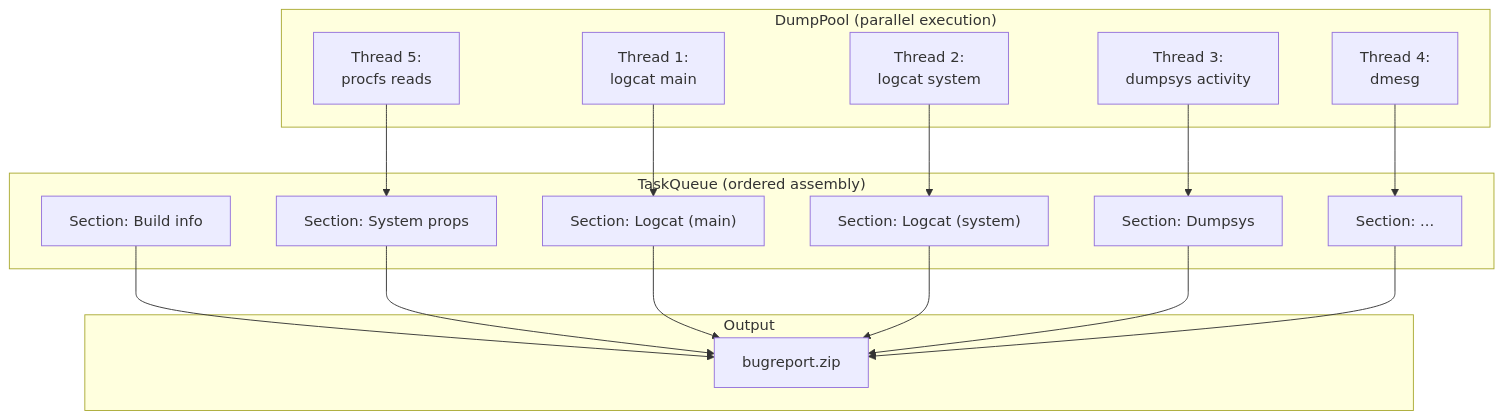
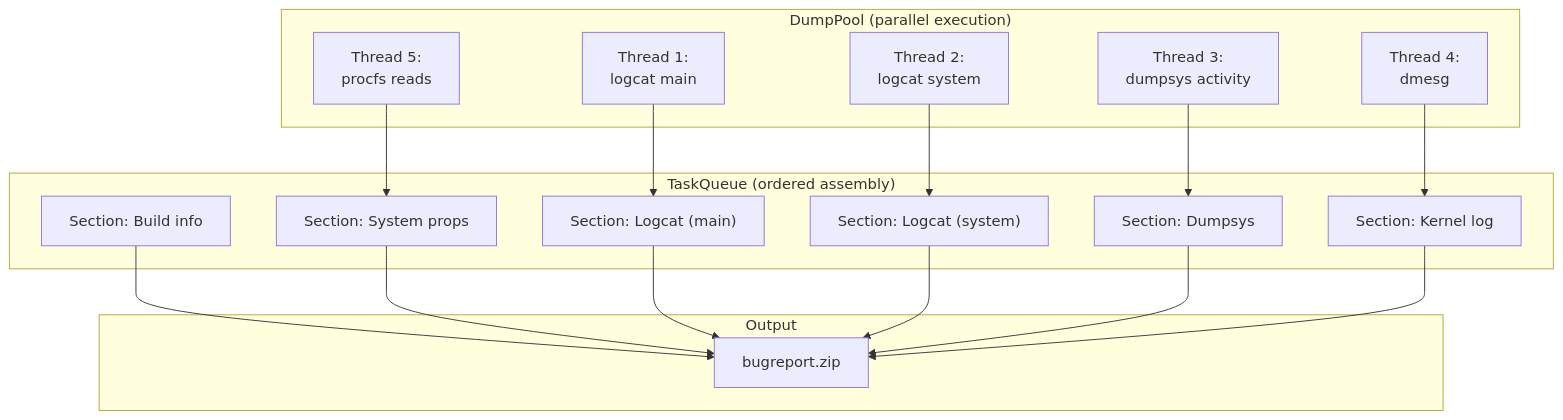
One commit to aospbooks/aosp-internal-book changed diagram 21 of 35 in 56-debugging-tools.md. Above: the diagram before and after it, drawn with Mermaid.

Commit message:
56-debugging-tools: rename DumpPool diagram placeholder section
The Thread 4 'dmesg' arrow pointed at a 'Section: ...' placeholder,
which left the kernel-log queue entry unnamed and the diagram
internally inconsistent. Rename to 'Section: Kernel log' so the
dmesg thread has a concrete target.

````diff
--- a/56-debugging-tools.md
+++ b/56-debugging-tools.md
@@ -2615,36 +2615,36 @@
 ```mermaid
 graph TB
     subgraph "DumpPool (parallel execution)"
         T1["Thread 1:<br/>logcat main"]
         T2["Thread 2:<br/>logcat system"]
         T3["Thread 3:<br/>dumpsys activity"]
         T4["Thread 4:<br/>dmesg"]
         T5["Thread 5:<br/>procfs reads"]
     end
 
     subgraph "TaskQueue (ordered assembly)"
         Q1["Section: Build info"]
         Q2["Section: System props"]
         Q3["Section: Logcat (main)"]
         Q4["Section: Logcat (system)"]
         Q5["Section: Dumpsys"]
-        QN["Section: ..."]
+        QN["Section: Kernel log"]
     end
 
     subgraph "Output"
         ZIP_O["bugreport.zip"]
     end
 
     T1 --> Q3
     T2 --> Q4
     T3 --> Q5
     T4 --> QN
     T5 --> Q2
 
     Q1 --> ZIP_O
     Q2 --> ZIP_O
     Q3 --> ZIP_O
     Q4 --> ZIP_O
     Q5 --> ZIP_O
     QN --> ZIP_O
 ```
````
